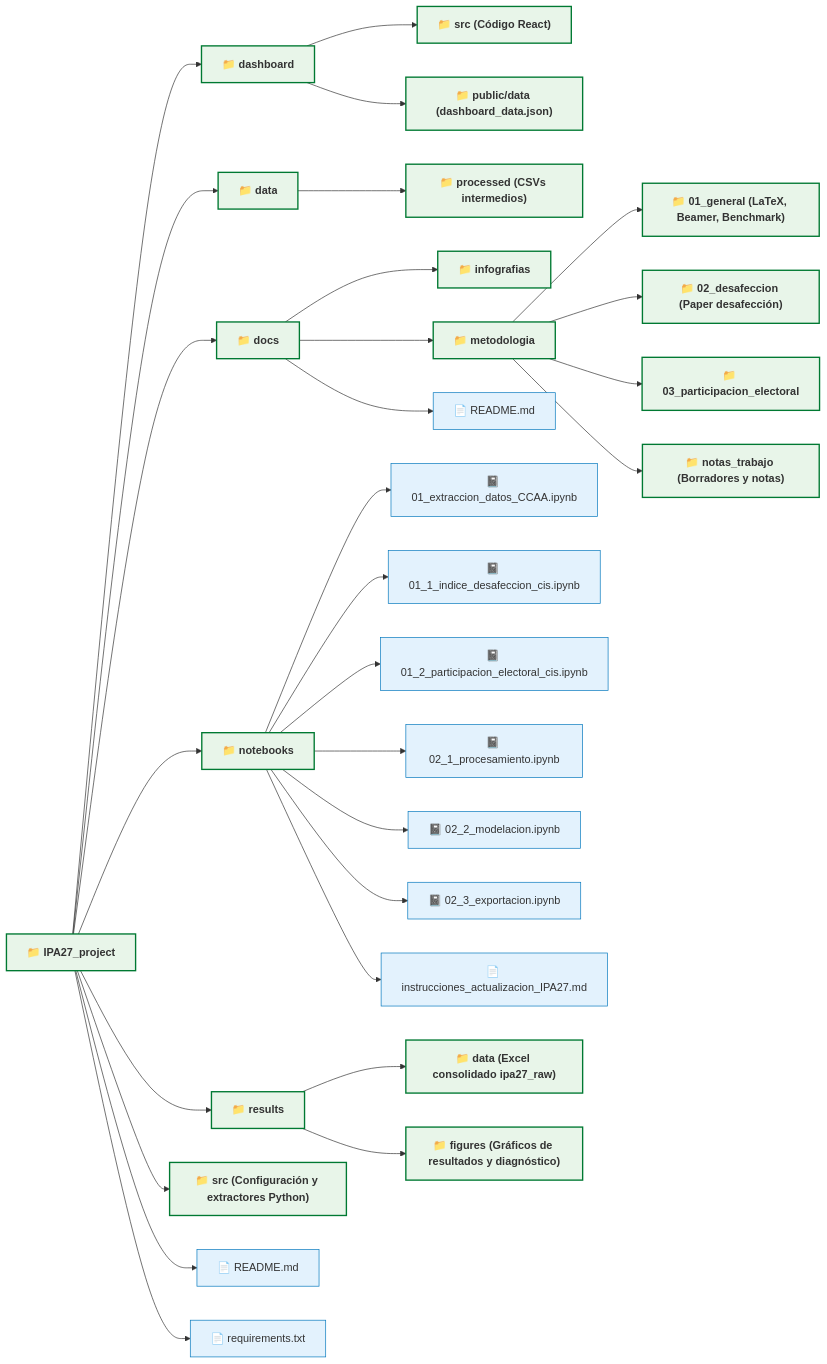
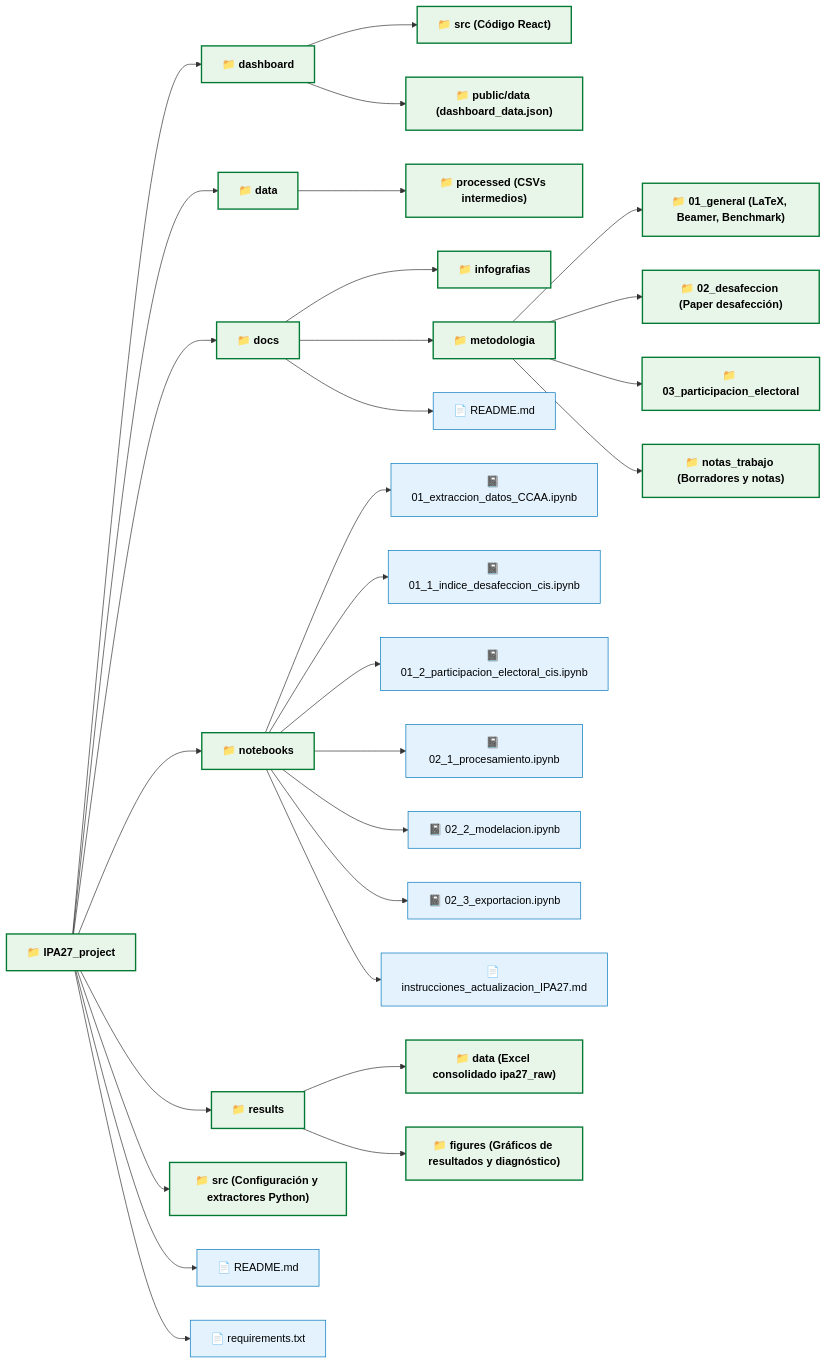
The diagram in README.md (mhidper/IPA27_project), drawn with Mermaid before and after one commit.

Commit message:
style: update Mermaid diagram class definitions to enforce black text color

````diff
--- a/README.md
+++ b/README.md
@@ -67,41 +67,41 @@
 ```mermaid
 graph LR
-    classDef default fill:#f9f9f9,stroke:#333,stroke-width:1px;
-    classDef folder fill:#e8f5e9,stroke:#007932,stroke-width:2px,font-weight:bold;
-    classDef file fill:#e3f2fd,stroke:#0277bd,stroke-width:1px;
+    classDef default fill:#f9f9f9,stroke:#333,stroke-width:1px,color:#000;
+    classDef folder fill:#e8f5e9,stroke:#007932,stroke-width:2px,font-weight:bold,color:#000;
+    classDef file fill:#e3f2fd,stroke:#0277bd,stroke-width:1px,color:#000;
     
     Root["📁 IPA27_project"]:::folder
     
     Root --> Dash["📁 dashboard"]:::folder
     Dash --> DashSrc["📁 src (Código React)"]:::folder
     Dash --> DashPub["📁 public/data (dashboard_data.json)"]:::folder
     
     Root --> Data["📁 data"]:::folder
     Data --> DataProc["📁 processed (CSVs intermedios)"]:::folder
     
     Root --> Docs["📁 docs"]:::folder
     Docs --> DocsInfo["📁 infografias"]:::folder
     Docs --> DocsMet["📁 metodologia"]:::folder
     DocsMet --> DocsMetGen["📁 01_general (LaTeX, Beamer, Benchmark)"]:::folder
     DocsMet --> DocsMetDes["📁 02_desafeccion (Paper desafección)"]:::folder
     DocsMet --> DocsMetEle["📁 03_participacion_electoral"]:::folder
     DocsMet --> DocsMetNot["📁 notas_trabajo (Borradores y notas)"]:::folder
     Docs --> DocsReadme["📄 README.md"]:::file
     
     Root --> Notebooks["📁 notebooks"]:::folder
     Notebooks --> NbExt["📓 01_extraccion_datos_CCAA.ipynb"]:::file
     Notebooks --> NbDes["📓 01_1_indice_desafeccion_cis.ipynb"]:::file
     Notebooks --> NbPar["📓 01_2_participacion_electoral_cis.ipynb"]:::file
     Notebooks --> NbP1["📓 02_1_procesamiento.ipynb"]:::file
     Notebooks --> NbP2["📓 02_2_modelacion.ipynb"]:::file
     Notebooks --> NbP3["📓 02_3_exportacion.ipynb"]:::file
     Notebooks --> NbInst["📄 instrucciones_actualizacion_IPA27.md"]:::file
     
     Root --> Results["📁 results"]:::folder
     Results --> ResData["📁 data (Excel consolidado ipa27_raw)"]:::folder
     Results --> ResFigs["📁 figures (Gráficos de resultados y diagnóstico)"]:::folder
     
     Root --> Src["📁 src (Configuración y extractores Python)"]:::folder
     Root --> RootReadme["📄 README.md"]:::file
     Root --> Req["📄 requirements.txt"]:::file
 ```
````
